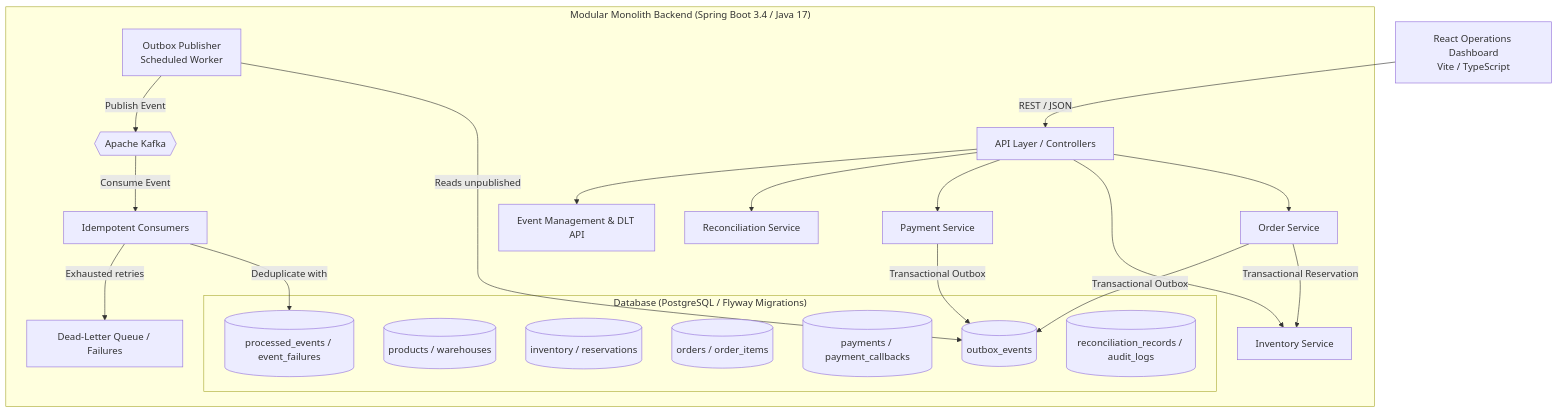
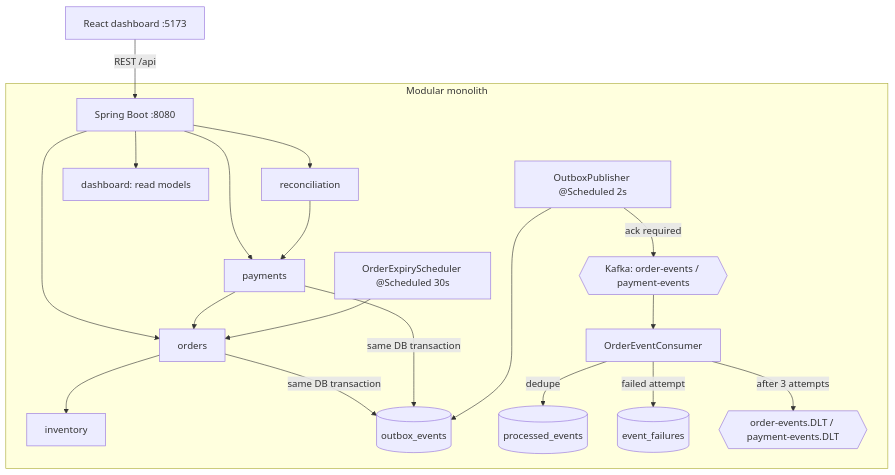
Before and after one commit to Ajaysingh319/Assignment: the diagram in README.md, drawn with Mermaid. The commit also changed other lines of this file and 74 other files, not shown here.

Commit message:
feat: automatic Kafka outbox publishing, retries/DLT, order requests, reconciliation actions and dashboard

````diff
--- a/README.md
+++ b/README.md
@@ -11,33 +12,19 @@
 ```mermaid
 graph TD
-    UI[React Operations Dashboard<br/>Vite / TypeScript] -->|REST / JSON| GW[API Layer / Controllers]
-
-    subgraph "Modular Monolith Backend (Spring Boot 3.4 / Java 17)"
-        GW --> ORD[Order Service]
-        GW --> INV[Inventory Service]
-        GW --> PAY[Payment Service]
-        GW --> REC[Reconciliation Service]
-        GW --> EVT[Event Management & DLT API]
-
-        ORD -->|Transactional Reservation| INV
-        ORD -->|Transactional Outbox| OUTBOX[(outbox_events)]
-        PAY -->|Transactional Outbox| OUTBOX
-
-        subgraph "Database (PostgreSQL / Flyway Migrations)"
-            DB_CAT[(products / warehouses)]
-            DB_INV[(inventory / reservations)]
-            DB_ORD[(orders / order_items)]
-            DB_PAY[(payments / payment_callbacks)]
-            DB_EVT[(processed_events / event_failures)]
-            DB_REC[(reconciliation_records / audit_logs)]
-            OUTBOX
-        end
-
-        PUB[Outbox Publisher<br/>Scheduled Worker] -->|Reads unpublished| OUTBOX
-        PUB -->|Publish Event| KAFKA{{Apache Kafka}}
-
-        KAFKA -->|Consume Event| CON[Idempotent Consumers]
-        CON -->|Deduplicate with| DB_EVT
-        CON -->|Exhausted retries| DLT[Dead-Letter Queue / Failures]
+    UI[React dashboard :5173] -->|REST /api| API[Spring Boot :8080]
+    subgraph Backend [Modular monolith]
+        API --> ORD[orders] --> INV[inventory]
+        API --> PAY[payments] --> ORD
+        API --> REC[reconciliation] --> PAY
+        API --> DASH[dashboard: read models]
+        ORD -->|same DB transaction| OUT[(outbox_events)]
+        PAY -->|same DB transaction| OUT
+        PUB[OutboxPublisher @Scheduled 2s] --> OUT
+        PUB -->|ack required| K{{Kafka: order-events / payment-events}}
+        K --> CON[OrderEventConsumer]
+        CON -->|dedupe| PE[(processed_events)]
+        CON -->|failed attempt| EF[(event_failures)]
+        CON -->|after 3 attempts| DLT{{order-events.DLT / payment-events.DLT}}
+        EXP[OrderExpiryScheduler @Scheduled 30s] --> ORD
     end
 ```
````
